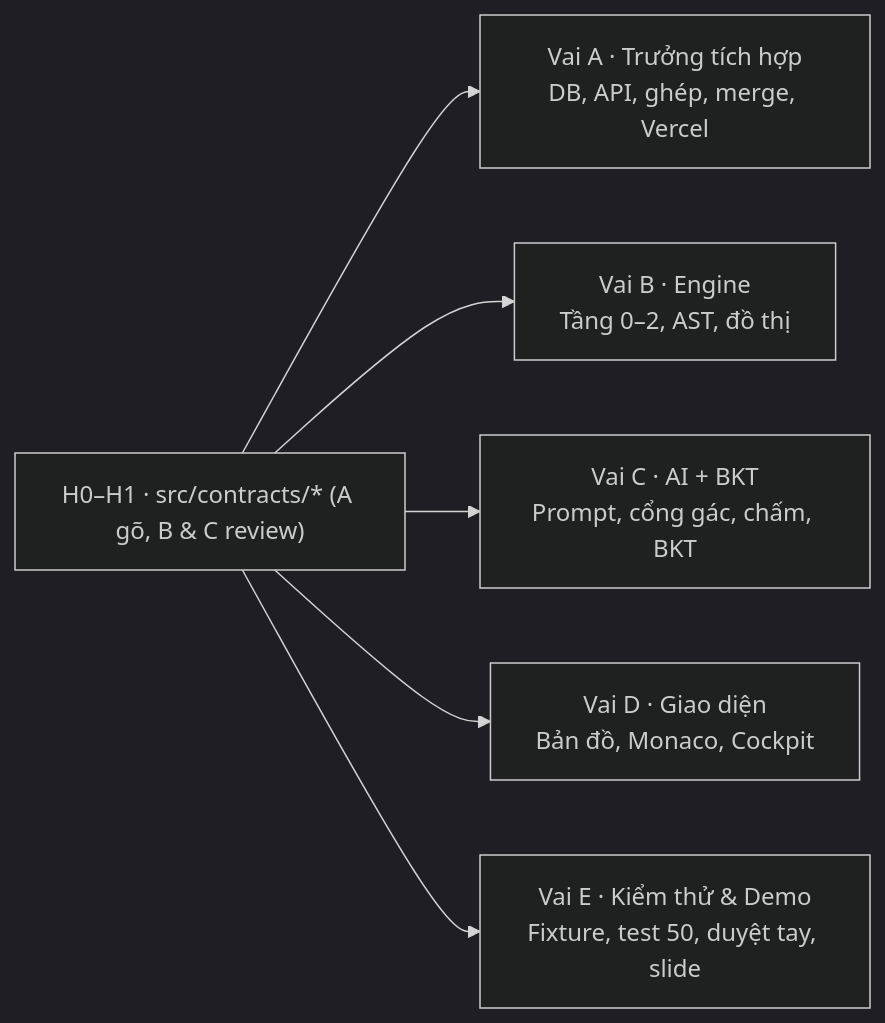
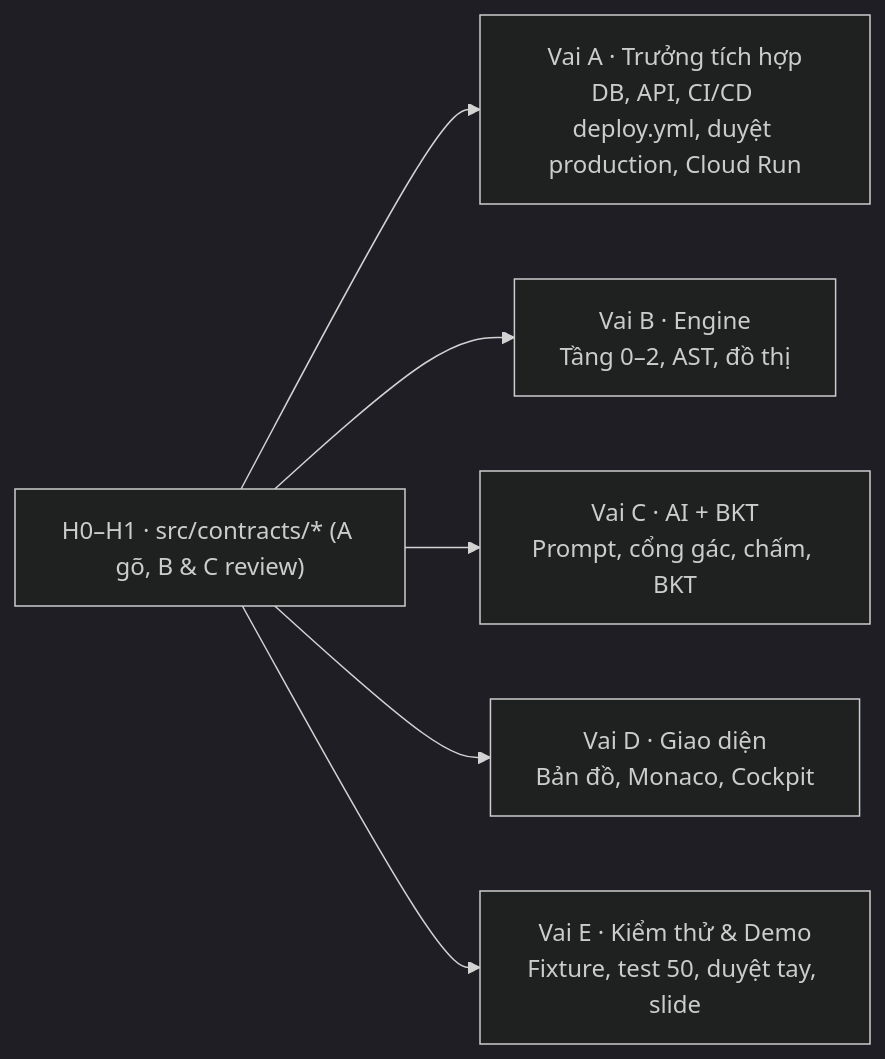
The diagram in doc-de-hieu/07_ke_hoach_21h.md (huynhthanhnhannnh-pixel/Hackathon_SGU), drawn with Mermaid (dark theme) before and after one commit. The commit also changed other lines of this file and 9 other files, not shown here.

````diff
--- a/doc-de-hieu/07_ke_hoach_21h.md
+++ b/doc-de-hieu/07_ke_hoach_21h.md
@@ -12,9 +12,9 @@
 ```mermaid
 flowchart LR
     K["H0–H1 · src/contracts/* (A gõ, B & C review)"] --> A & B & C & D & E
-    A["Vai A · Trưởng tích hợp<br/>DB, API, ghép, merge, Vercel"]
+    A["Vai A · Trưởng tích hợp<br/>DB, API, CI/CD deploy.yml, duyệt production, Cloud Run"]
     B["Vai B · Engine<br/>Tầng 0–2, AST, đồ thị"]
     C["Vai C · AI + BKT<br/>Prompt, cổng gác, chấm, BKT"]
     D["Vai D · Giao diện<br/>Bản đồ, Monaco, Cockpit"]
     E["Vai E · Kiểm thử & Demo<br/>Fixture, test 50, duyệt tay, slide"]
 ```
````
